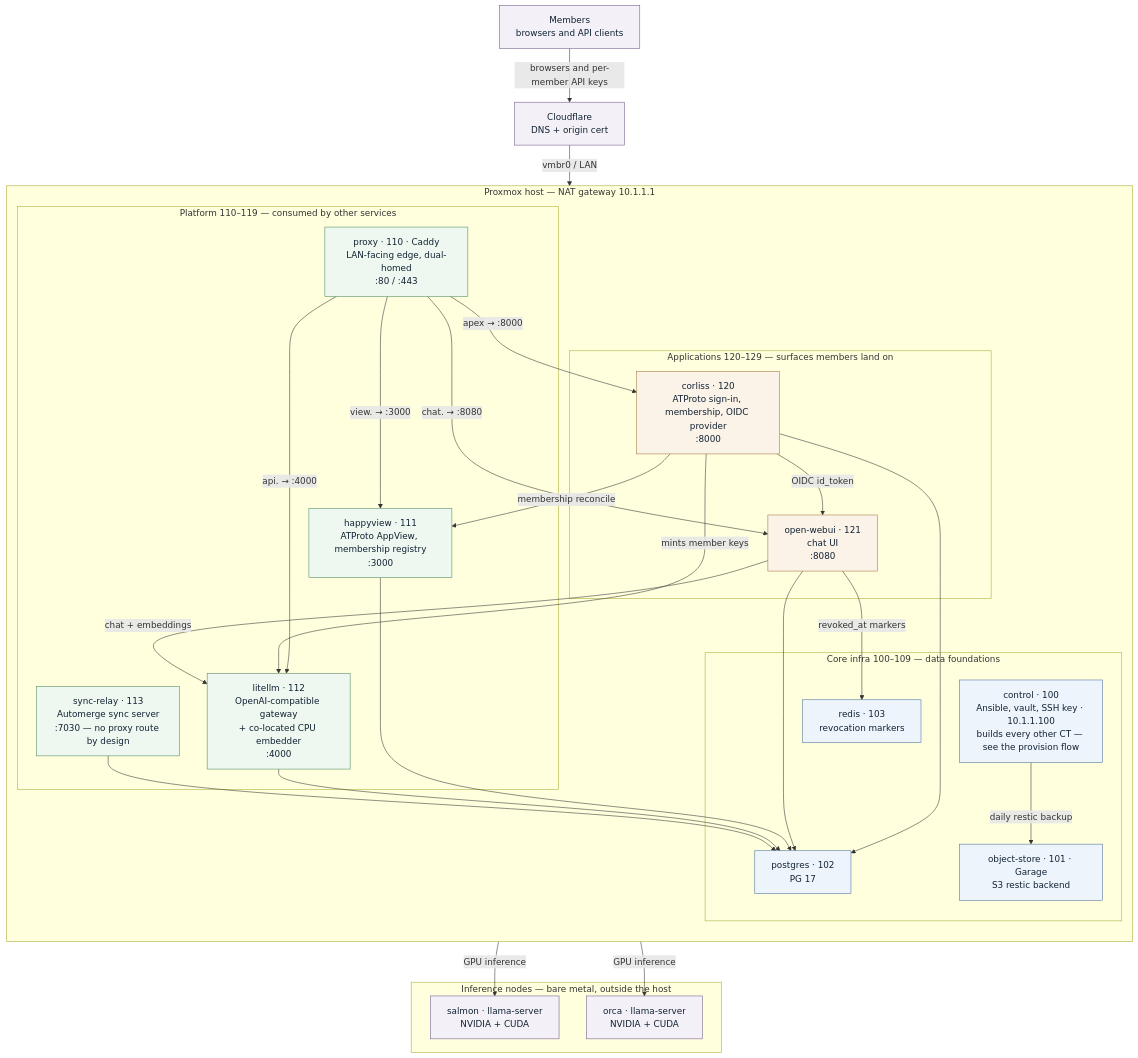
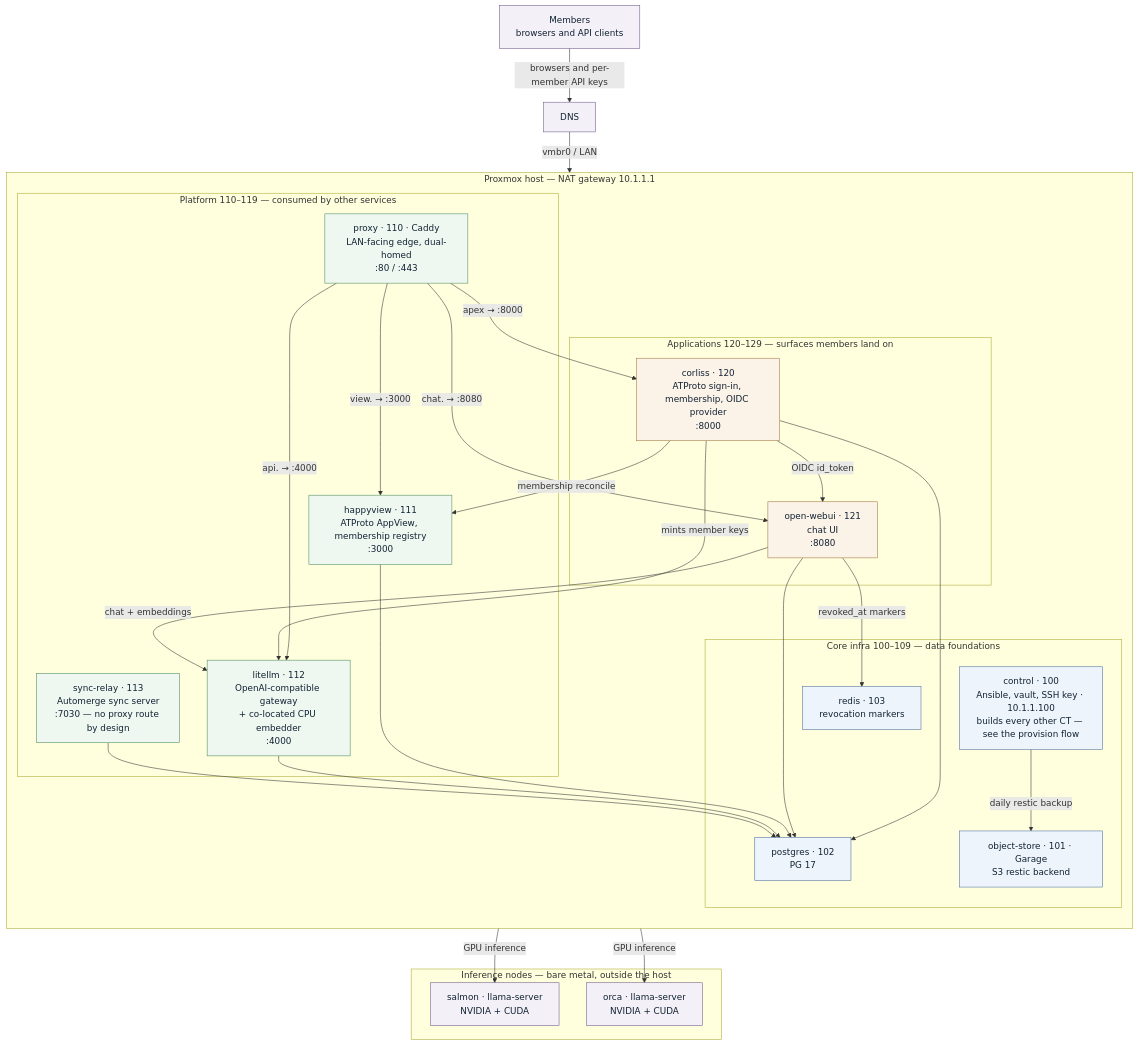
The first of 4 diagrams in docs/diagrams.md (Z-Space-Society/zai-ops), drawn with Mermaid before and after one commit. The commit also changed 10 other files, not shown here.

````diff
--- a/docs/diagrams.md
+++ b/docs/diagrams.md
@@ -26,66 +26,66 @@
 ```mermaid
 flowchart TB
     members["Members<br/>browsers and API clients"]
-    cf["Cloudflare<br/>DNS + origin cert"]
+    cf["DNS"]
 
     subgraph host["Proxmox host — NAT gateway 10.1.1.1"]
         direction TB
 
         subgraph app["Applications 120–129 — surfaces members land on"]
             corliss["corliss · 120<br/>ATProto sign-in, membership, OIDC provider<br/>:8000"]
             owui["open-webui · 121<br/>chat UI<br/>:8080"]
         end
 
         subgraph plat["Platform 110–119 — consumed by other services"]
             proxy["proxy · 110 · Caddy<br/>LAN-facing edge, dual-homed<br/>:80 / :443"]
             happyview["happyview · 111<br/>ATProto AppView, membership registry<br/>:3000"]
             litellm["litellm · 112<br/>OpenAI-compatible gateway<br/>+ co-located CPU embedder<br/>:4000"]
             relay["sync-relay · 113<br/>Automerge sync server<br/>:7030 — no proxy route by design"]
         end
 
         subgraph core["Core infra 100–109 — data foundations"]
             control["control · 100<br/>Ansible, vault, SSH key · 10.1.1.100<br/>builds every other CT — see the provision flow"]
             objstore["object-store · 101 · Garage<br/>S3 restic backend"]
             postgres["postgres · 102<br/>PG 17"]
             redis["redis · 103<br/>revocation markers"]
         end
     end
 
     subgraph inf["Inference nodes — bare metal, outside the host"]
         salmon["salmon · llama-server<br/>NVIDIA + CUDA"]
         orca["orca · llama-server<br/>NVIDIA + CUDA"]
     end
 
     members -->|"browsers and per-member API keys"| cf
     cf -->|"vmbr0 / LAN"| proxy
 
     proxy -->|"apex → :8000"| corliss
     proxy -->|"chat. → :8080"| owui
     proxy -->|"api. → :4000"| litellm
     proxy -->|"view. → :3000"| happyview
 
     corliss -->|"OIDC id_token"| owui
     corliss -->|"membership reconcile"| happyview
     corliss -->|"mints member keys"| litellm
     owui -->|"chat + embeddings"| litellm
     owui -->|"revoked_at markers"| redis
     litellm -->|"GPU inference"| salmon
     litellm -->|"GPU inference"| orca
 
     corliss --> postgres
     owui --> postgres
     happyview --> postgres
     litellm --> postgres
     relay --> postgres
 
     control -->|"daily restic backup"| objstore
 
     classDef tierCore fill:#eef4fb,stroke:#4a6f9c,color:#123
     classDef tierPlat fill:#eef8f0,stroke:#4d8a5e,color:#123
     classDef tierApp fill:#fbf2e8,stroke:#a3763c,color:#123
     classDef outside fill:#f4f0f7,stroke:#6f5a8a,color:#123
     class control,objstore,postgres,redis tierCore
     class proxy,happyview,litellm,relay tierPlat
     class corliss,owui tierApp
     class salmon,orca,members,cf outside
 ```
````
